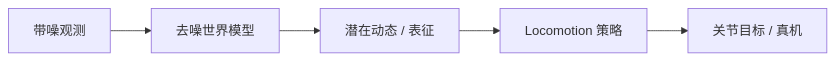
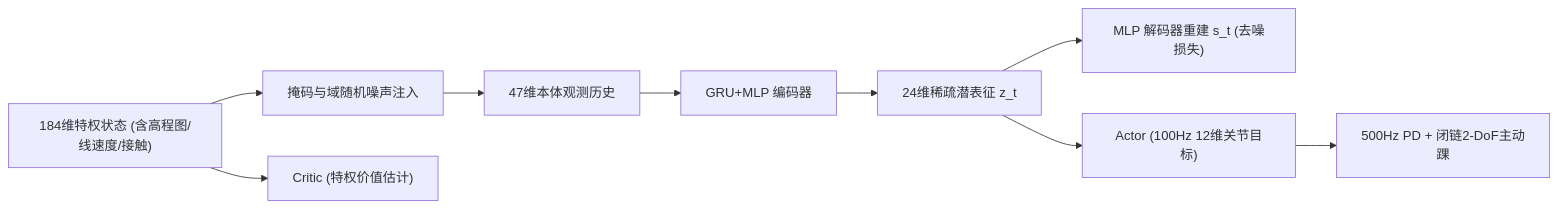
The diagram in wiki/entities/paper-notebook-advancing-humanoid-locomotion-mastering-challeng.md (ImChong/Robotics_Notebooks), drawn with Mermaid before and after one commit. The commit also changed other lines of this file and 450 other files, not shown here.

Commit message:
[2026-11-22] ingest | sources/ & wiki/ — 补齐 33 家公司路线 165/167 节点一手原文通读、骨架与 Mermaid 图表至 3/3

````diff
--- a/wiki/entities/paper-notebook-advancing-humanoid-locomotion-mastering-challeng.md
+++ b/wiki/entities/paper-notebook-advancing-humanoid-locomotion-mastering-challeng.md
@@ -49,7 +57,11 @@
 ```mermaid
 flowchart LR
-  A["带噪观测"] --> B["去噪世界模型"]
-  B --> C["潜在动态 / 表征"]
-  C --> D["Locomotion 策略"]
-  D --> E["关节目标 / 真机"]
+  S["184维特权状态 (含高程图/线速度/接触)"] --> N["掩码与域随机噪声注入"]
+  N --> O["47维本体观测历史"]
+  O --> E["GRU+MLP 编码器"]
+  E --> Z["24维稀疏潜表征 z_t"]
+  Z --> D["MLP 解码器重建 s_t (去噪损失)"]
+  Z --> A["Actor (100Hz 12维关节目标)"]
+  S --> C["Critic (特权价值估计)"]
+  A --> R["500Hz PD + 闭链2-DoF主动踝"]
 ```
````
